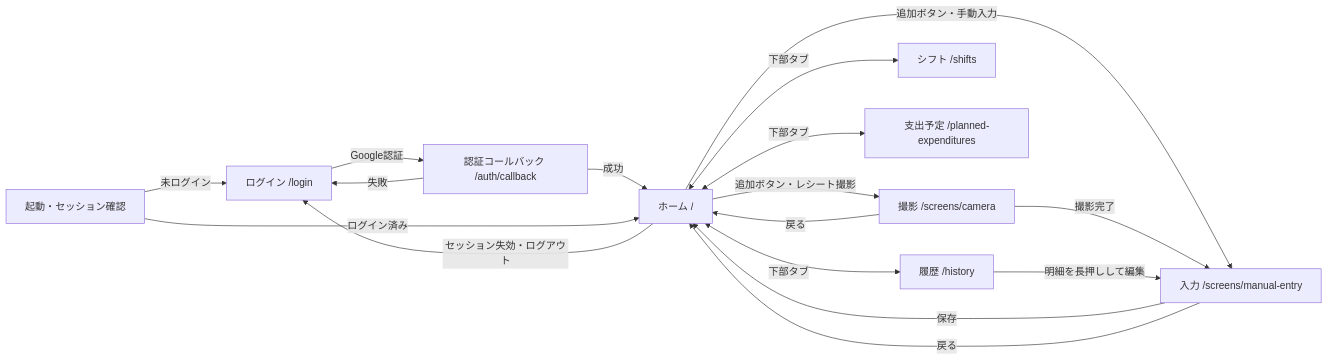
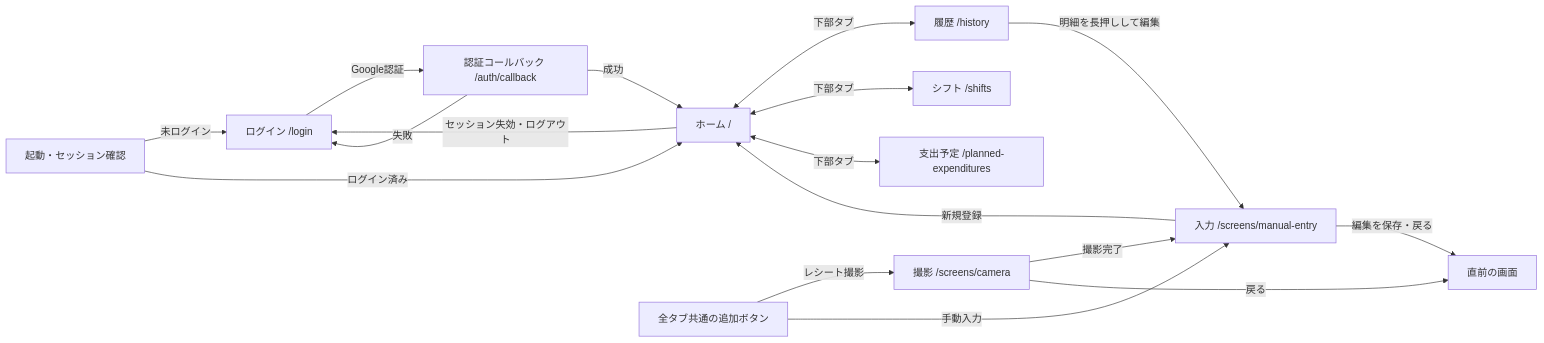
One commit to YukkuriPannda/raku-bo changed the first of 2 diagrams in docs/screen-transitions.md. Above: the diagram before and after it, drawn with Mermaid. The commit also changed other lines of this file and 14 other files, not shown here.

````diff
--- a/docs/screen-transitions.md
+++ b/docs/screen-transitions.md
@@ -9,21 +9,21 @@
 ```mermaid
 flowchart LR
     Start[起動・セッション確認] -->|未ログイン| Login[ログイン /login]
     Login -->|Google認証| Callback[認証コールバック /auth/callback]
     Callback -->|成功| Home[ホーム /]
     Callback -->|失敗| Login
     Start -->|ログイン済み| Home
     Home -->|セッション失効・ログアウト| Login
 
     Home <-->|下部タブ| History[履歴 /history]
     Home <-->|下部タブ| Shifts[シフト /shifts]
     Home <-->|下部タブ| Planned[支出予定 /planned-expenditures]
 
-    Home -->|追加ボタン・レシート撮影| Camera[撮影 /screens/camera]
-    Home -->|追加ボタン・手動入力| Manual[入力 /screens/manual-entry]
+    Tabs[全タブ共通の追加ボタン] -->|レシート撮影| Camera[撮影 /screens/camera]
+    Tabs -->|手動入力| Manual[入力 /screens/manual-entry]
     Camera -->|撮影完了| Manual
     History -->|明細を長押しして編集| Manual
-    Manual -->|保存| Home
-    Camera -->|戻る| Home
-    Manual -->|戻る| Home
+    Manual -->|新規登録| Home
+    Manual -->|編集を保存・戻る| Back[直前の画面]
+    Camera -->|戻る| Back
 ```
````
